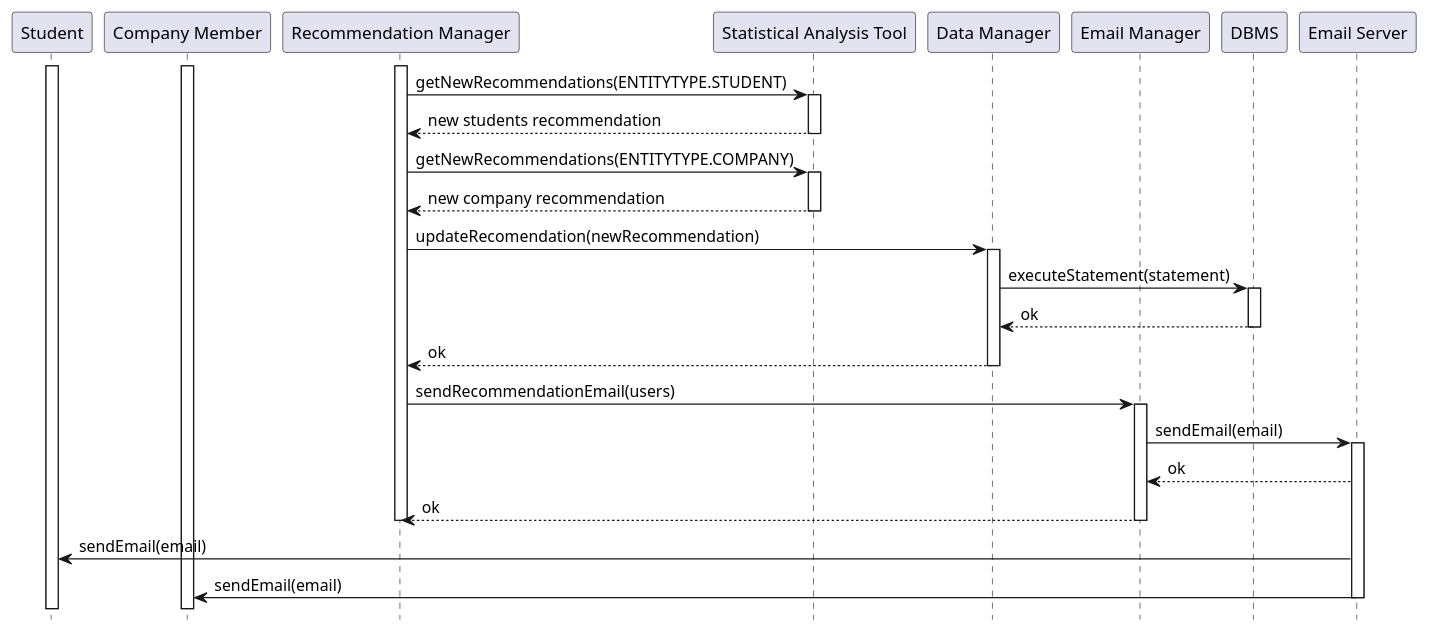
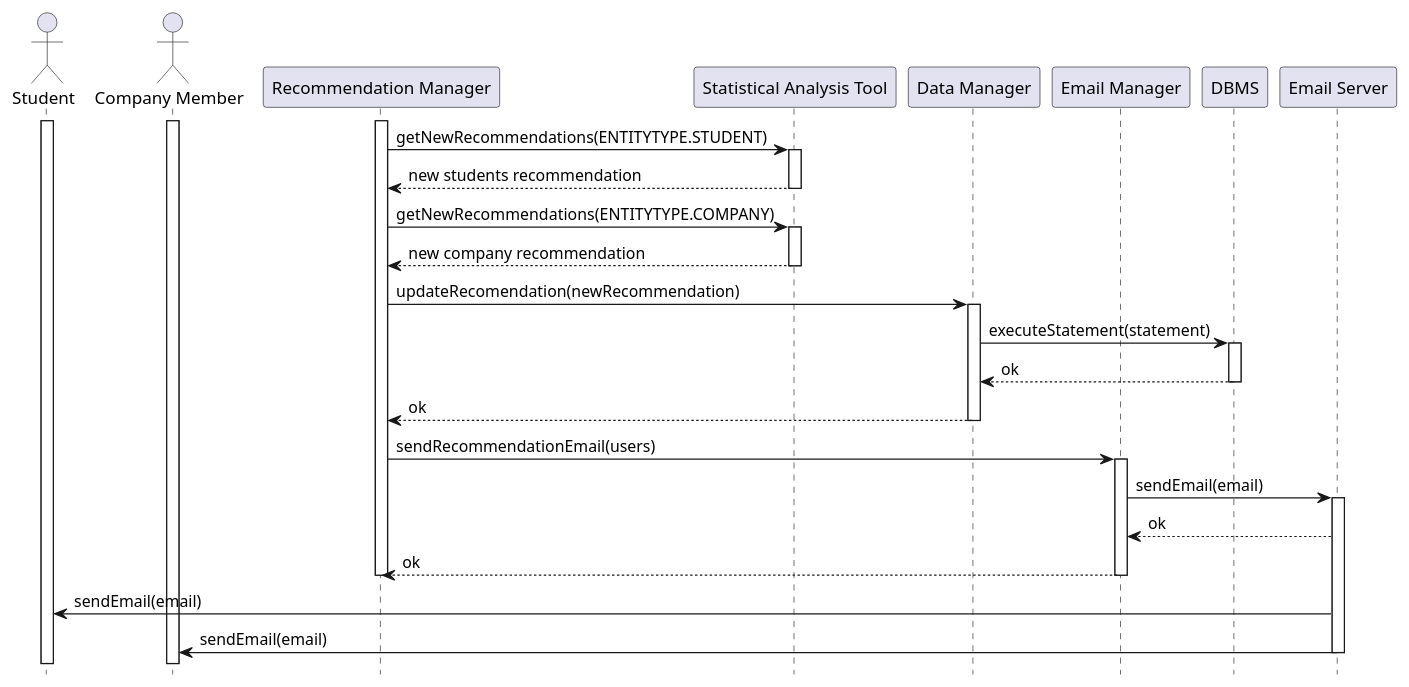
The diagram in DD/Architectural_design/uml_diagrams/RV13_diagram.puml (matti8702/R_and_DD_project_SE2), drawn with PlantUML before and after one commit. The commit also changed 9 other files, not shown here.

```diff
--- a/DD/Architectural_design/uml_diagrams/RV13_diagram.puml
+++ b/DD/Architectural_design/uml_diagrams/RV13_diagram.puml
@@ -1,50 +1,50 @@
 @startuml RV13_diagram
 hide footbox
 
-participant "Student" as S 
-participant "Company Member" as C
+actor "Student" as S 
+actor "Company Member" as C
 participant "Recommendation Manager" as RM
 participant "Statistical Analysis Tool" as SAT
 participant "Data Manager" as DM
 participant "Email Manager" as EM
 participant "DBMS" as RD
 participant "Email Server" as E
 
 
 activate S
 activate C
 activate RM
 
 RM -> SAT: getNewRecommendations(ENTITYTYPE.STUDENT) 
 activate SAT
 SAT --> RM: new students recommendation
 deactivate SAT
 RM -> SAT: getNewRecommendations(ENTITYTYPE.COMPANY) 
 activate SAT
 SAT --> RM: new company recommendation
 deactivate SAT
 RM -> DM: updateRecomendation(newRecommendation)
 activate DM
 DM -> RD: executeStatement(statement)
 activate RD
 RD --> DM: ok
 deactivate RD
 DM --> RM: ok
 deactivate DM
 RM -> EM: sendRecommendationEmail(users)
 activate EM
 EM -> E: sendEmail(email)
 activate E
 E --> EM: ok
 EM --> RM: ok
 deactivate EM
 deactivate RM
 E -> S: sendEmail(email)
 E -> C: sendEmail(email)
 deactivate E
 
 
 
 
 
 @enduml
```
